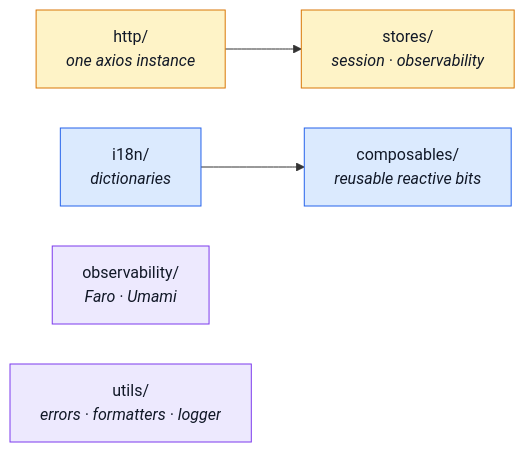
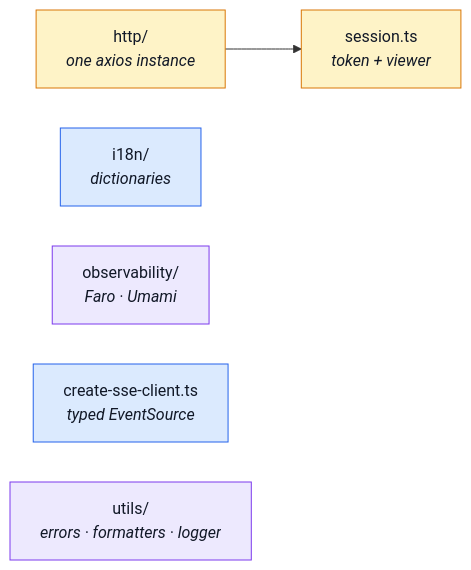
Before and after one commit to Guebbit/boilerplate-vue-frontend: the diagram in docs/reference/src-infrastructure.md, drawn with Mermaid. The commit also changed other lines of this file and 67 other files, not shown here.

````diff
--- a/docs/reference/src-infrastructure.md
+++ b/docs/reference/src-infrastructure.md
@@ -13,15 +17,16 @@
 ```mermaid
 %%{init: {'flowchart': {'nodeSpacing': 40, 'rankSpacing': 50}}}%%
 flowchart LR
-    Http["http/<br/><i>one axios instance</i>"] --> Stores["stores/<br/><i>session · observability</i>"]
-    I18n["i18n/<br/><i>dictionaries</i>"] --> Comp["composables/<br/><i>reusable reactive bits</i>"]
+    Http["http/<br/><i>one axios instance</i>"] --> Session["session.ts<br/><i>token + viewer</i>"]
+    I18n["i18n/<br/><i>dictionaries</i>"]
     Obs["observability/<br/><i>Faro · Umami</i>"]
+    Sse["create-sse-client.ts<br/><i>typed EventSource</i>"]
     Utils["utils/<br/><i>errors · formatters · logger</i>"]
 
     classDef a fill:#fef3c7,stroke:#d97706,color:#111827;
     classDef b fill:#dbeafe,stroke:#2563eb,color:#111827;
     classDef c fill:#ede9fe,stroke:#7c3aed,color:#111827;
-    class Http,Stores a;
-    class I18n,Comp b;
+    class Http,Session a;
+    class I18n,Sse b;
     class Obs,Utils c;
 ```
````
